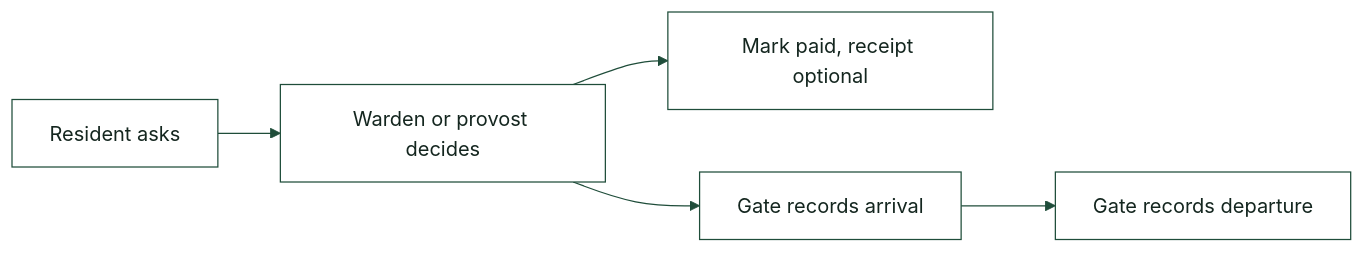
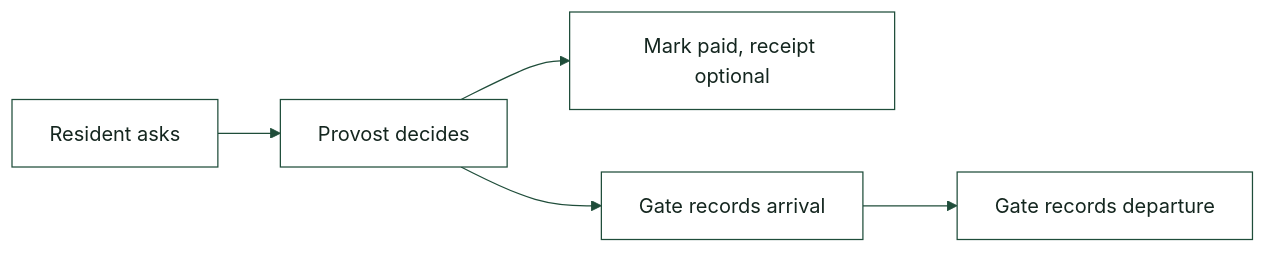
Before and after one commit to AbuIqbal123/BSJ-Hostel-Management: the fourth of 4 diagrams in README.md, drawn with Mermaid. The commit also changed other lines of this file and 7 other files, not shown here.

Commit message:
docs: say only the provost decides requests

````diff
--- a/README.md
+++ b/README.md
@@ -98,15 +99,15 @@
 ```mermaid
 %%{init: {'theme': 'base', 'themeVariables': {'fontFamily': 'ui-sans-serif, sans-serif', 'lineColor': '#1F4D3A'}}}%%
 flowchart LR
   ask["Resident asks"]
-  decide["Warden or provost decides"]
+  decide["Provost decides"]
   paid["Mark paid, receipt optional"]
   arrive["Gate records arrival"]
   leave["Gate records departure"]
 
   ask --> decide --> arrive --> leave
   decide --> paid
 
   classDef step fill:#FFFFFF,stroke:#1F4D3A,color:#14261F
   class ask,decide,paid,arrive,leave step
 ```
````
